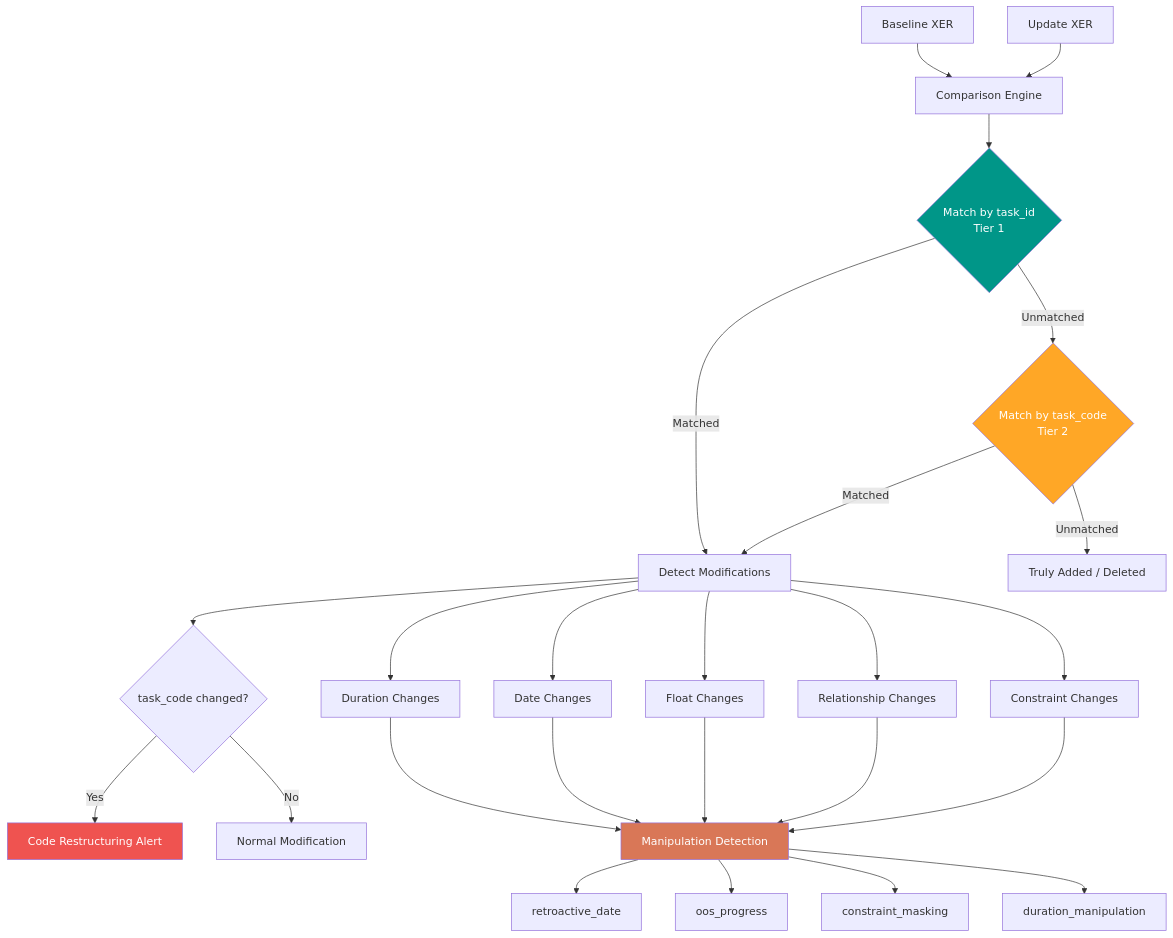
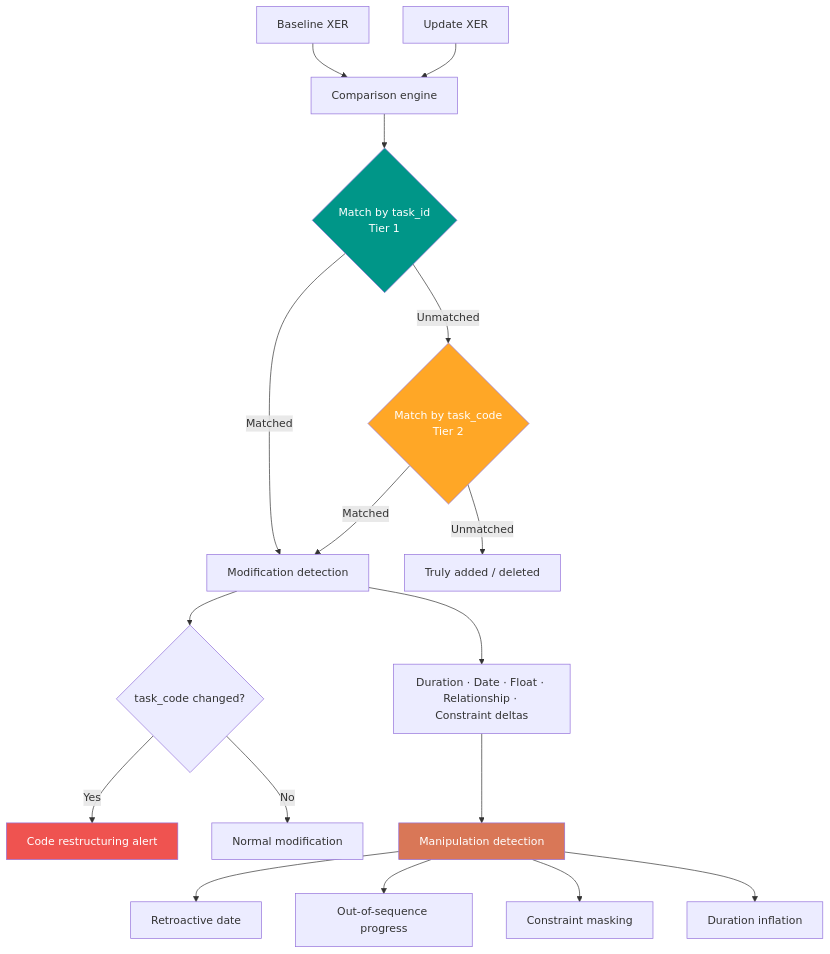
Before and after one commit to VitorMRodovalho/meridianiq: the third of 8 diagrams in docs/architecture.md, drawn with Mermaid. The commit also changed other lines of this file, not shown here.

First line of the commit message:
docs: refresh architecture.md for v3.6.0 state

````diff
--- a/docs/architecture.md
+++ b/docs/architecture.md
@@ -114,32 +141,27 @@
 ```mermaid
 flowchart TD
-    A[Baseline XER] --> C[Comparison Engine]
+    A[Baseline XER] --> C[Comparison engine]
     B[Update XER] --> C
 
     C --> D{Match by task_id<br/>Tier 1}
-    D -->|Matched| E[Detect Modifications]
+    D -->|Matched| E[Modification detection]
     D -->|Unmatched| F{Match by task_code<br/>Tier 2}
     F -->|Matched| E
-    F -->|Unmatched| G[Truly Added / Deleted]
+    F -->|Unmatched| G[Truly added / deleted]
 
     E --> H{task_code changed?}
-    H -->|Yes| I[Code Restructuring Alert]
-    H -->|No| J[Normal Modification]
+    H -->|Yes| I[Code restructuring alert]
+    H -->|No| J[Normal modification]
 
-    E --> K[Duration Changes]
-    E --> L[Date Changes]
-    E --> M[Float Changes]
-    E --> N[Relationship Changes]
-    E --> O[Constraint Changes]
-
-    K & L & M & N & O --> P[Manipulation Detection]
-    P --> Q[retroactive_date]
-    P --> R[oos_progress]
-    P --> S[constraint_masking]
-    P --> T[duration_manipulation]
+    E --> K[Duration · Date · Float · Relationship · Constraint deltas]
+    K --> P[Manipulation detection]
+    P --> Q[Retroactive date]
+    P --> R[Out-of-sequence progress]
+    P --> S[Constraint masking]
+    P --> T[Duration inflation]
 
     style D fill:#009688,color:#fff
     style F fill:#FFA726,color:#fff
     style I fill:#EF5350,color:#fff
     style P fill:#D97757,color:#fff
 ```
````
